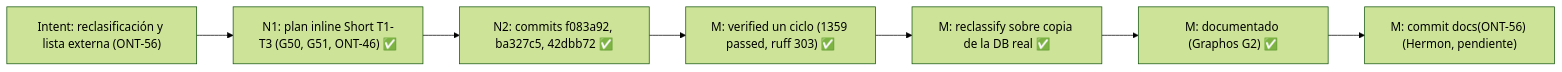
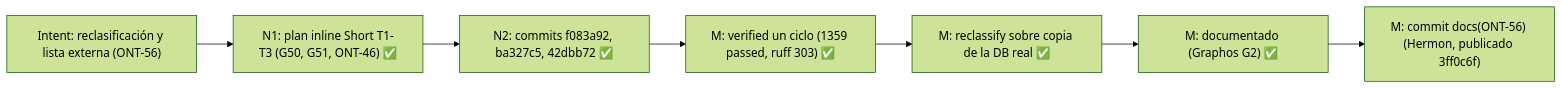
One commit to ancrz/agent-execution-plane changed diagram 19 of 25 in docs/MILESTONES.md. Above: the diagram before and after it, drawn with Mermaid (forest theme). The commit also changed other lines of this file and 5 other files, not shown here.

````diff
--- a/docs/MILESTONES.md
+++ b/docs/MILESTONES.md
@@ -676,9 +676,9 @@
 ```mermaid
 flowchart LR
     I23["Intent: reclasificación y lista externa (ONT-56)"] --> N1["N1: plan inline Short T1-T3 (G50, G51, ONT-46) ✅"]
     N1 --> N2["N2: commits f083a92, ba327c5, 42dbb72 ✅"]
     N2 --> V23["M: verified un ciclo (1359 passed, ruff 303) ✅"]
     V23 --> R23["M: reclassify sobre copia de la DB real ✅"]
     R23 --> D23["M: documentado (Graphos G2) ✅"]
-    D23 --> H23["M: commit docs(ONT-56) (Hermon, pendiente)"]
+    D23 --> H23["M: commit docs(ONT-56) (Hermon, publicado 3ff0c6f)"]
 ```
````
